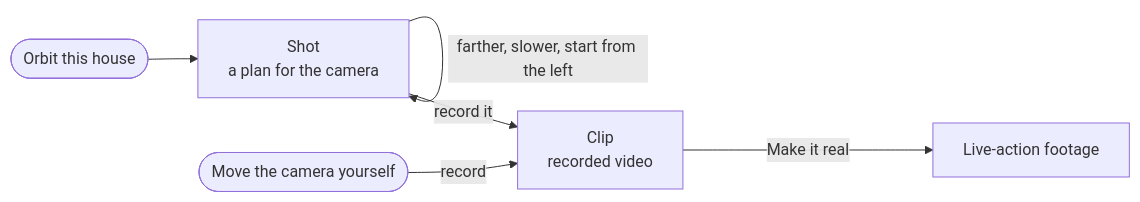
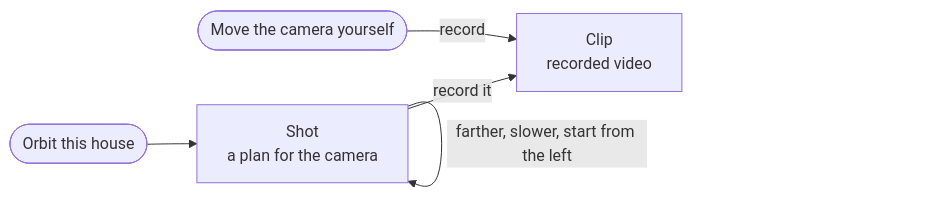
The second of 2 diagrams in ARCHITECTURE.md (lauralin-lab/koemachi), drawn with Mermaid before and after one commit. The commit also changed other lines of this file and 33 other files, not shown here.

````diff
--- a/ARCHITECTURE.md
+++ b/ARCHITECTURE.md
@@ -18,8 +20,7 @@
 ```mermaid
 flowchart LR
   A([Orbit this house]) --> S[Shot<br/>a plan for the camera]
   S -- "farther, slower, start from the left" --> S
   S -- "record it" --> C[Clip<br/>recorded video]
   H([Move the camera yourself]) -- record --> C
-  C -- "Make it real" --> R[Live-action footage]
 ```
````
